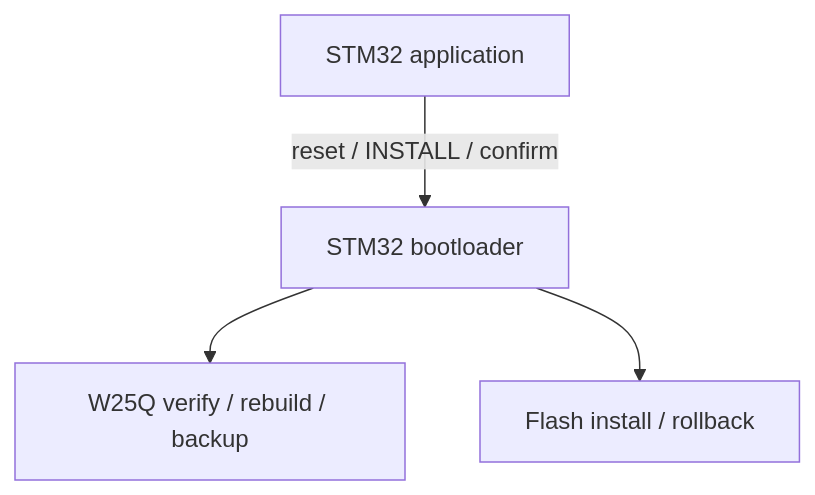
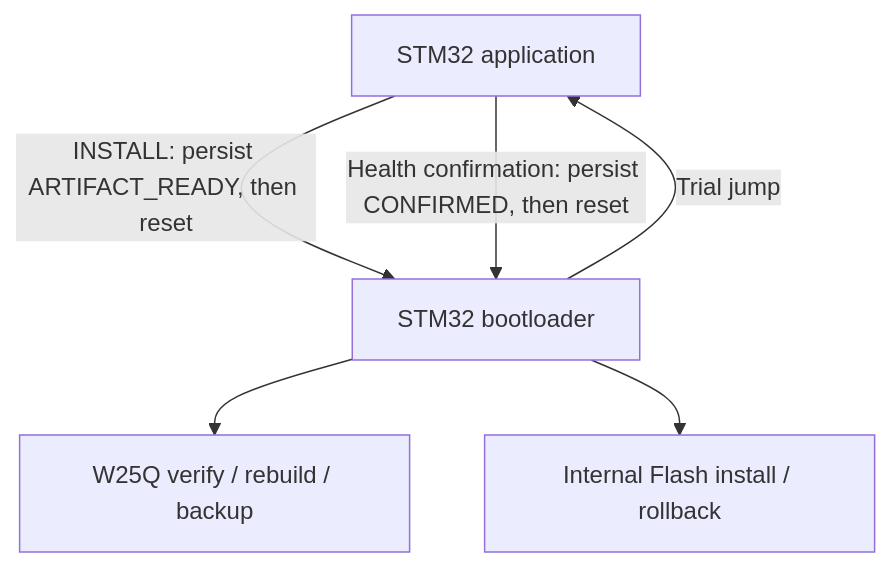
The second of 2 diagrams in docs/architecture.md (haikevins/secure-delta-ota-bootloader), drawn with Mermaid before and after one commit. The commit also changed other lines of this file and 16 other files, not shown here.

````diff
--- a/docs/architecture.md
+++ b/docs/architecture.md
@@ -75,6 +75,8 @@
 ```mermaid
 flowchart TB
-    APP["STM32 application"] -->|"reset / INSTALL / confirm"| BL["STM32 bootloader"]
+    APP["STM32 application"] -->|"INSTALL: persist ARTIFACT_READY, then reset"| BL["STM32 bootloader"]
     BL --> EXT["W25Q verify / rebuild / backup"]
-    BL --> IF["Flash install / rollback"]
+    BL --> IF["Internal Flash install / rollback"]
+    BL -->|"Trial jump"| APP
+    APP -->|"Health confirmation: persist CONFIRMED, then reset"| BL
 ```
````
